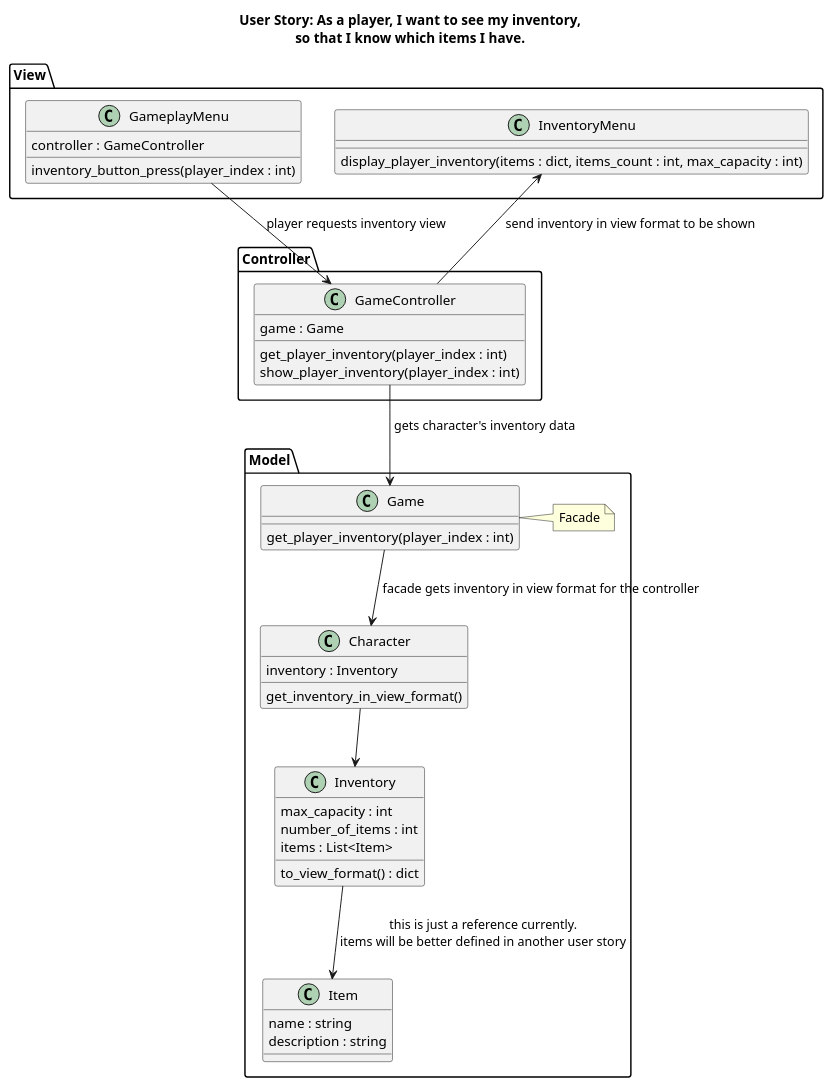
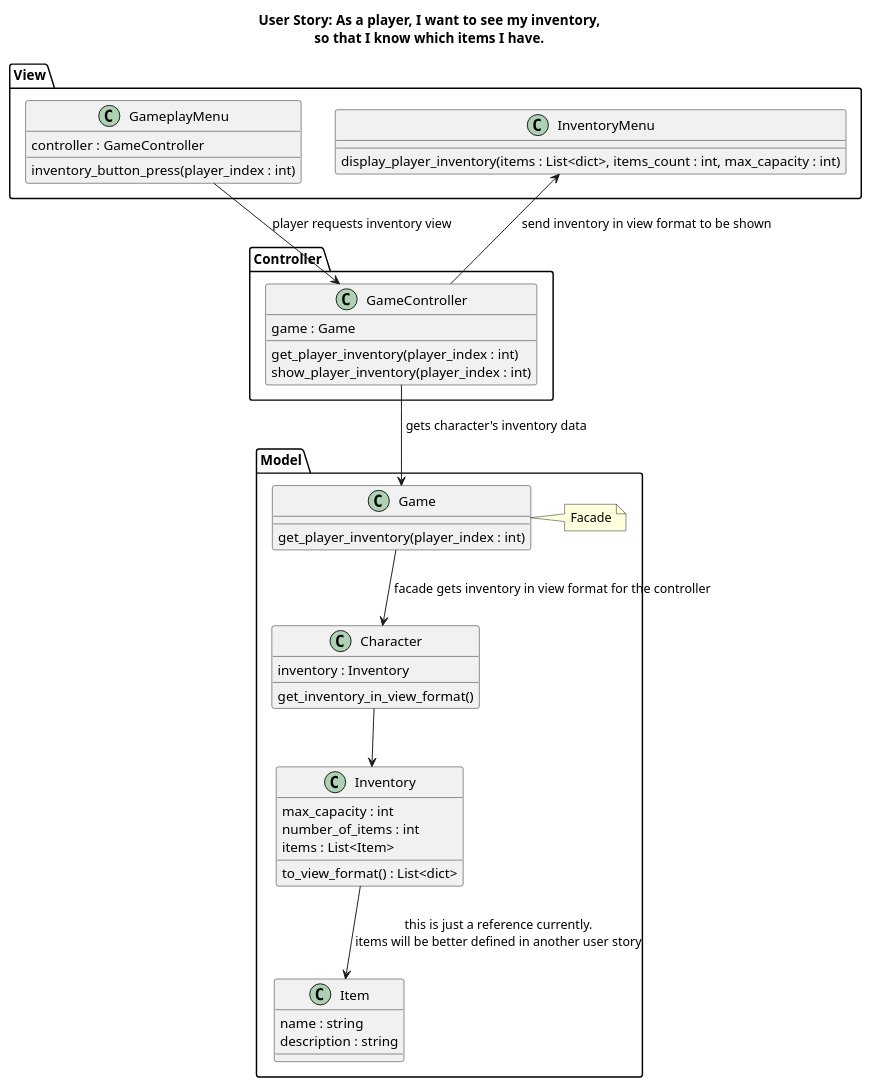
Before and after one commit to FalconQty/Team8: the diagram in design patterns/character_inspection/show_inventory.puml, drawn with PlantUML. The commit also changed 1 other file, not shown here.

Commit message:
aggiornati i diagrammi delle user story della seconda epica

```diff
--- a/design patterns/character_inspection/show_inventory.puml
+++ b/design patterns/character_inspection/show_inventory.puml
@@ -1,54 +1,54 @@
 @startuml
 title User Story: As a player, I want to see my inventory,\nso that I know which items I have.
 
 package "View" {
     class GameplayMenu {
         controller : GameController
         inventory_button_press(player_index : int)
     }
 
     class InventoryMenu {
-        display_player_inventory(items : dict, items_count : int, max_capacity : int)
+        display_player_inventory(items : List<dict>, items_count : int, max_capacity : int)
     }
 }
 
 package "Controller" {
     class GameController {
         game : Game
         get_player_inventory(player_index : int)
         show_player_inventory(player_index : int)
     }
 }
 
 package "Model" {
 
     class Game{
         get_player_inventory(player_index : int)
     }
     note right : Facade
 
     class Character {
         inventory : Inventory
         get_inventory_in_view_format()
     }
 
     class Inventory {
         max_capacity : int
         number_of_items : int
         items : List<Item>
-        to_view_format() : dict
+        to_view_format() : List<dict>
     }
 
     class Item {
         name : string
         description : string
     }
 }
 
 GameplayMenu --> GameController : " player requests inventory view"
 GameController --> Game: " gets character's inventory data"
 Game --> Character : " facade gets inventory in view format for the controller"
 GameController --> InventoryMenu : " send inventory in view format to be shown"
 Inventory --> Item : " this is just a reference currently. \nitems will be better defined in another user story"
 Character --> Inventory
 @enduml
```
